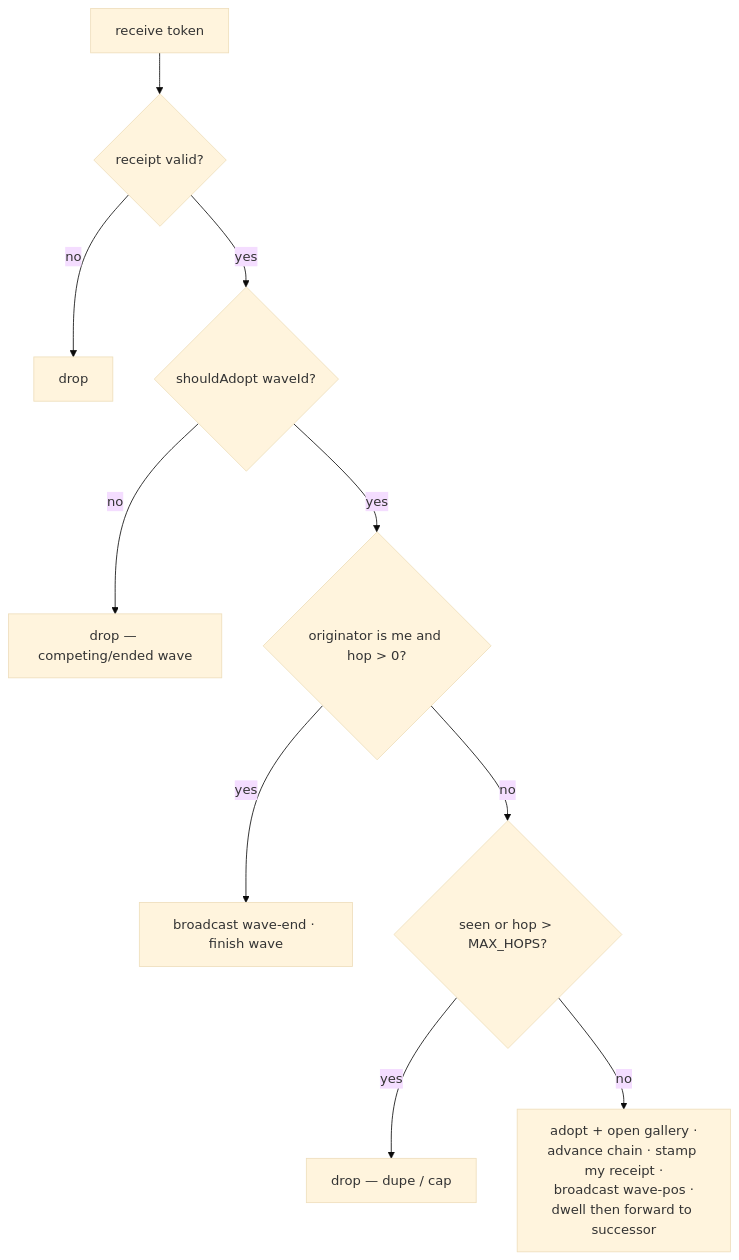
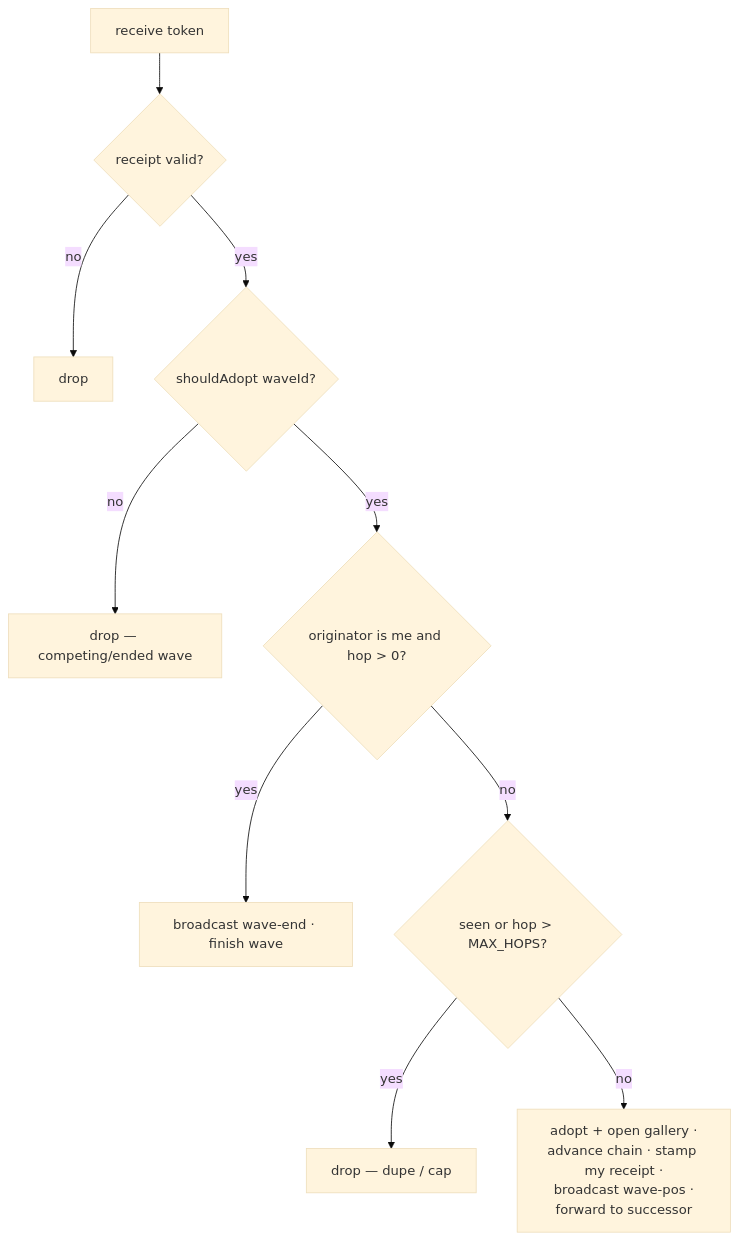
One commit to mnaamani/hyper-wave changed the third of 7 diagrams in docs/protocol.md. Above: the diagram before and after it, drawn with Mermaid (base theme). The commit also changed other lines of this file and 8 other files, not shown here.

````diff
--- a/docs/protocol.md
+++ b/docs/protocol.md
@@ -559,12 +558,12 @@
 ```mermaid
 flowchart TD
   T["receive token"] --> V{"receipt valid?"}
   V -- no --> D1["drop"]
   V -- yes --> A{"shouldAdopt waveId?"}
   A -- no --> D2["drop — competing/ended wave"]
   A -- yes --> C{"originator is me and hop &gt; 0?"}
   C -- yes --> E["broadcast wave-end · finish wave"]
   C -- no --> S{"seen or hop &gt; MAX_HOPS?"}
   S -- yes --> D3["drop — dupe / cap"]
-  S -- no --> H["adopt + open gallery ·<br/>advance chain · stamp my receipt ·<br/>broadcast wave-pos ·<br/>dwell then forward to successor"]
+  S -- no --> H["adopt + open gallery ·<br/>advance chain · stamp my receipt ·<br/>broadcast wave-pos ·<br/>forward to successor"]
 ```
````
